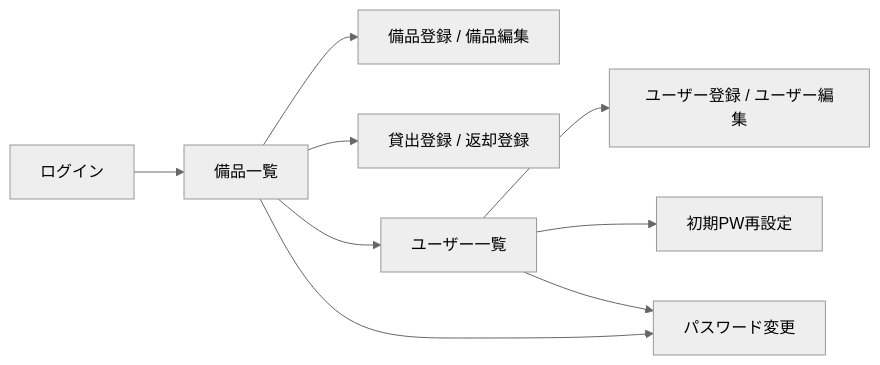
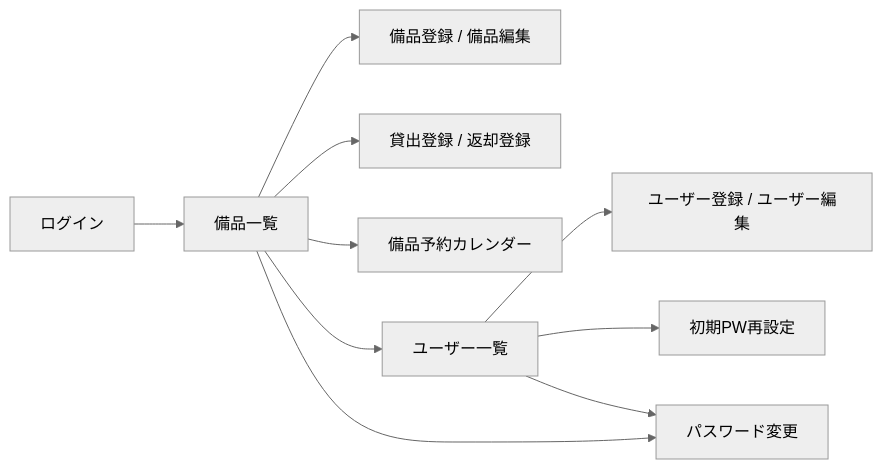
The diagram in README.md (notfolder/isdd), drawn with Mermaid (neutral theme) before and after one commit. The commit also changed other lines of this file and 15 other files, not shown here.

````diff
--- a/README.md
+++ b/README.md
@@ -15,11 +17,12 @@
 ```mermaid
 flowchart LR
     A[ログイン] --> B[備品一覧]
     B --> C[備品登録 / 備品編集]
     B --> D[貸出登録 / 返却登録]
+    B --> I[備品予約カレンダー]
     B --> E[ユーザー一覧]
     E --> F[ユーザー登録 / ユーザー編集]
     E --> G[初期PW再設定]
     B --> H[パスワード変更]
     E --> H
 ```
````
